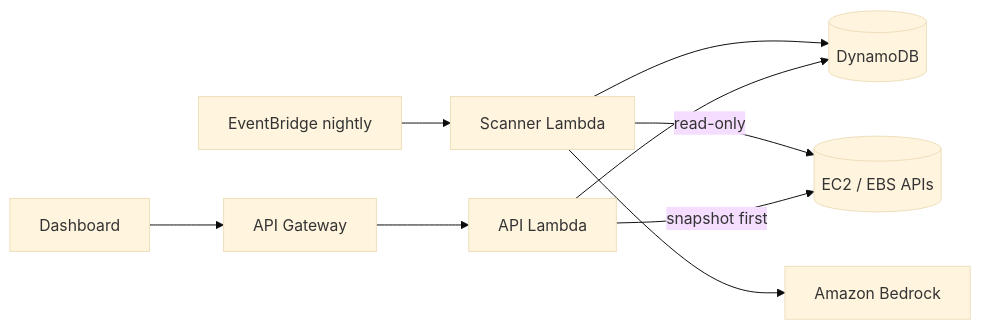
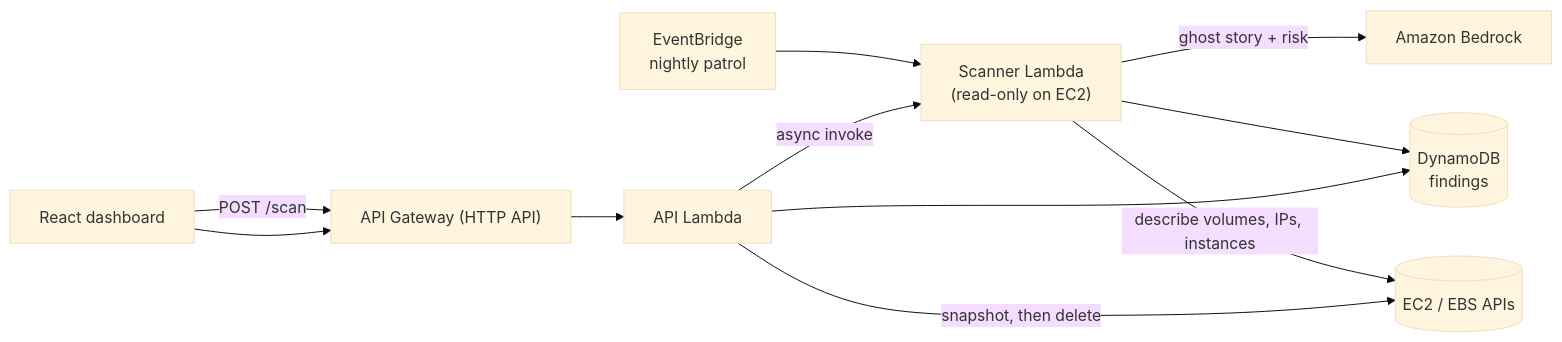
Before and after one commit to prashijain-ai/exorcist.exe: the diagram in README.md, drawn with Mermaid (base theme). The commit also changed other lines of this file, not shown here.

````diff
--- a/README.md
+++ b/README.md
@@ -11,10 +35,12 @@
 ```mermaid
 flowchart LR
-  EB[EventBridge nightly] --> S[Scanner Lambda]
-  S -->|read-only| EC2[(EC2 / EBS APIs)]
-  S --> BR[Amazon Bedrock]
-  S --> DB[(DynamoDB)]
-  UI[Dashboard] --> API[API Gateway] --> A[API Lambda]
-  A --> DB
-  A -->|snapshot first| EC2
+  EB["EventBridge<br/>nightly patrol"] --> SC["Scanner Lambda<br/>(read-only on EC2)"]
+  UI["React dashboard"] -->|"POST /scan"| API
+  SC -->|describe volumes, IPs, instances| EC2[("EC2 / EBS APIs")]
+  SC -->|"ghost story + risk"| BR["Amazon Bedrock"]
+  SC --> DB[("DynamoDB<br/>findings")]
+  UI --> API["API Gateway (HTTP API)"] --> AL["API Lambda"]
+  AL --> DB
+  AL -->|"snapshot, then delete"| EC2
+  AL -->|"async invoke"| SC
 ```
````
